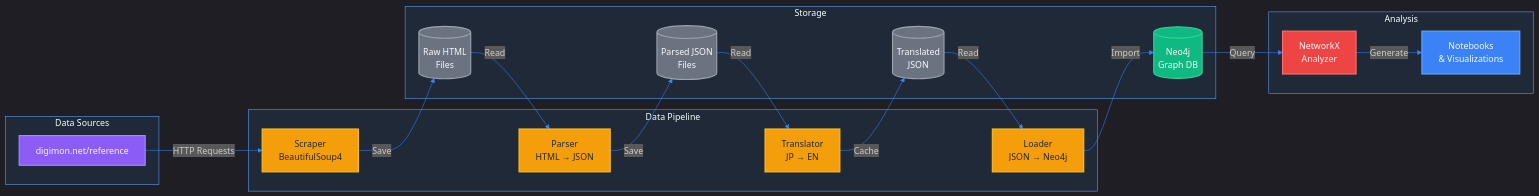
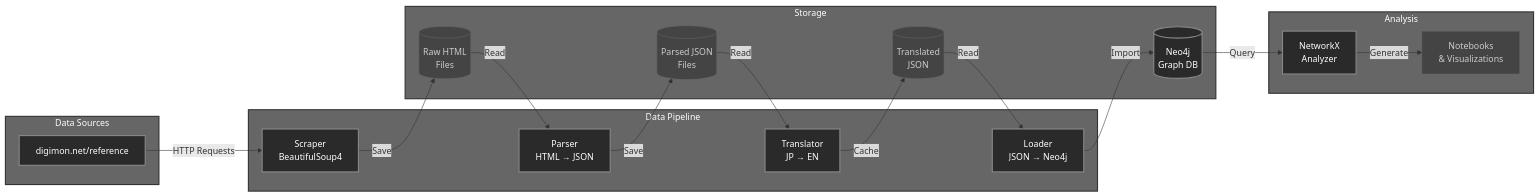
Before and after one commit to Ricoledan/digimon-knowledge-graph: the second of 5 diagrams in CLAUDE.md, drawn with Mermaid. The commit also changed other lines of this file, not shown here.

Commit message:
add diagrams

````diff
--- a/CLAUDE.md
+++ b/CLAUDE.md
@@ -143,51 +145,52 @@
 ```mermaid
-%%{init: {'theme':'dark', 'themeVariables': { 'primaryColor':'#1f2937', 'primaryTextColor':'#f9fafb', 'primaryBorderColor':'#60a5fa', 'lineColor':'#3b82f6', 'secondaryColor':'#059669', 'tertiaryColor':'#374151', 'background':'#111827', 'mainBkg':'#1f2937', 'secondBkg':'#374151', 'tertiaryBkg':'#4b5563', 'primaryBorderColor':'#60a5fa', 'secondaryBorderColor':'#10b981', 'tertiaryBorderColor':'#6366f1', 'clusterBkg':'#1f2937', 'clusterBorder':'#60a5fa', 'fontFamily':'monospace'}}}%%
 flowchart LR
     subgraph DS["Data Sources"]
         A[digimon.net/reference]
     end
     
     subgraph DP["Data Pipeline"]
         B[Scraper<br/>BeautifulSoup4]
         C[Parser<br/>HTML → JSON]
         D[Translator<br/>JP → EN]
         E[Loader<br/>JSON → Neo4j]
     end
     
     subgraph ST["Storage"]
         F[(Raw HTML<br/>Files)]
         G[(Parsed JSON<br/>Files)]
         H[(Translated<br/>JSON)]
         I[(Neo4j<br/>Graph DB)]
     end
     
     subgraph AN["Analysis"]
         J[NetworkX<br/>Analyzer]
         K[Notebooks<br/>& Visualizations]
     end
     
     A -->|HTTP Requests| B
     B -->|Save| F
     F -->|Read| C
     C -->|Save| G
     G -->|Read| D
     D -->|Cache| H
     H -->|Read| E
     E -->|Import| I
     I -->|Query| J
     J -->|Generate| K
     
-    classDef source fill:#8b5cf6,stroke:#a78bfa,stroke-width:2px,color:#f9fafb
-    classDef storage fill:#10b981,stroke:#34d399,stroke-width:2px,color:#f9fafb
-    classDef output fill:#3b82f6,stroke:#60a5fa,stroke-width:2px,color:#f9fafb
-    classDef pipeline fill:#f59e0b,stroke:#fbbf24,stroke-width:2px,color:#1f2937
-    classDef files fill:#6b7280,stroke:#9ca3af,stroke-width:2px,color:#f9fafb
-    classDef analysis fill:#ef4444,stroke:#f87171,stroke-width:2px,color:#f9fafb
-    
-    class A source
-    class I storage
-    class K output
-    class B,C,D,E pipeline
-    class F,G,H files
-    class J analysis
+    style DS fill:#666,stroke:#333,stroke-width:2px,color:#fff
+    style DP fill:#666,stroke:#333,stroke-width:2px,color:#fff
+    style ST fill:#666,stroke:#333,stroke-width:2px,color:#fff
+    style AN fill:#666,stroke:#333,stroke-width:2px,color:#fff
+    style A fill:#2a2a2a,stroke:#888,stroke-width:2px,color:#fff
+    style B fill:#2a2a2a,stroke:#888,stroke-width:2px,color:#fff
+    style C fill:#2a2a2a,stroke:#888,stroke-width:2px,color:#fff
+    style D fill:#2a2a2a,stroke:#888,stroke-width:2px,color:#fff
+    style E fill:#2a2a2a,stroke:#888,stroke-width:2px,color:#fff
+    style F fill:#444,stroke:#666,stroke-width:1px,color:#ccc
+    style G fill:#444,stroke:#666,stroke-width:1px,color:#ccc
+    style H fill:#444,stroke:#666,stroke-width:1px,color:#ccc
+    style I fill:#2a2a2a,stroke:#888,stroke-width:2px,color:#fff
+    style J fill:#2a2a2a,stroke:#888,stroke-width:2px,color:#fff
+    style K fill:#444,stroke:#666,stroke-width:1px,color:#ccc
 ```
````
